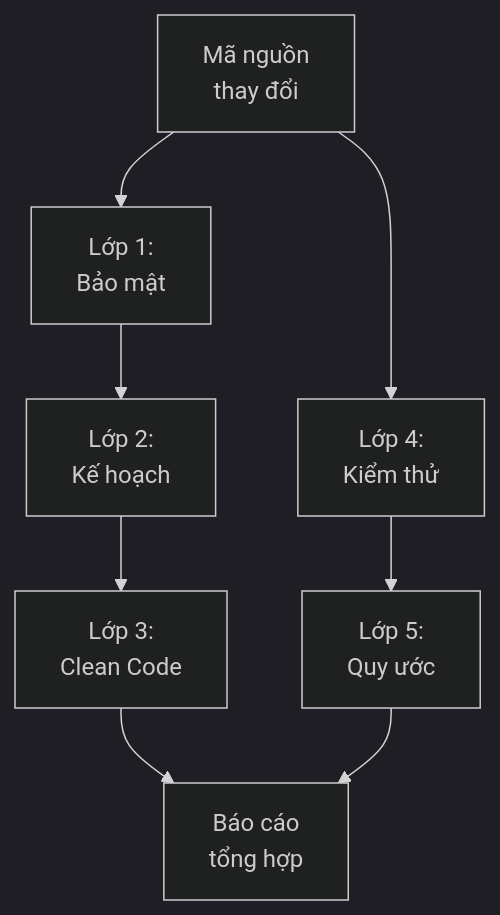
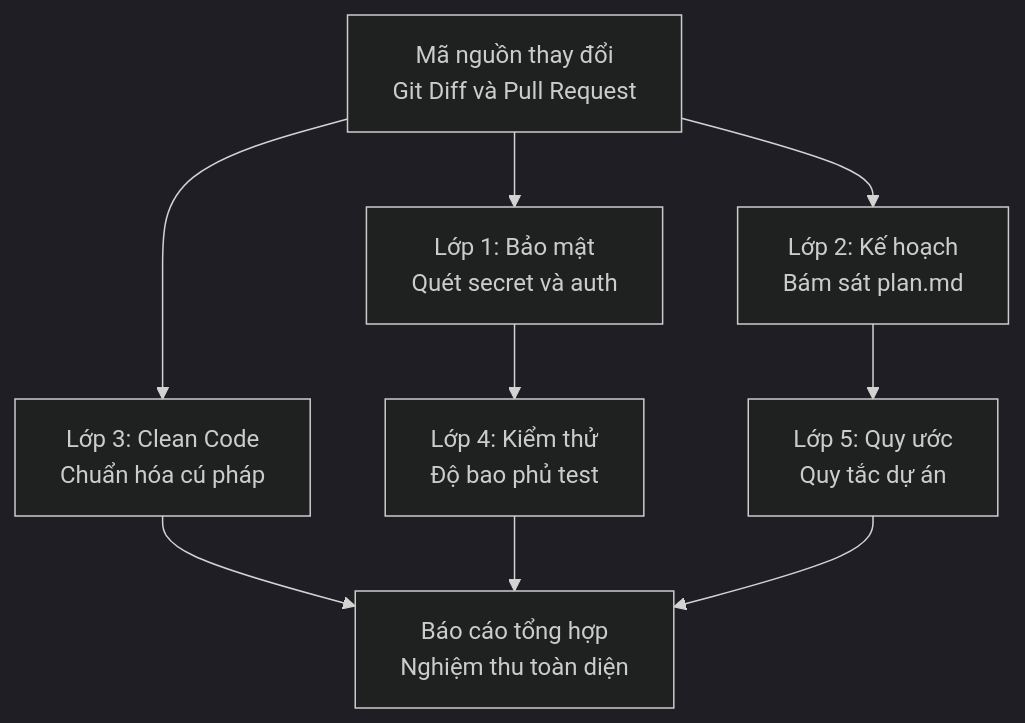
One commit to nguyengoctin/my_website changed the sixth of 6 diagrams in content/posts/toan-tap-coding-friend-ai-engineering.md. Above: the diagram before and after it, drawn with Mermaid (dark theme). The commit also changed other lines of this file and 34 other files, not shown here.

````diff
--- a/content/posts/toan-tap-coding-friend-ai-engineering.md
+++ b/content/posts/toan-tap-coding-friend-ai-engineering.md
@@ -186,17 +202,18 @@
 ```mermaid
 flowchart TD
-    Diff["`Mã nguồn<br/>thay đổi`"]
-    L1["`Lớp 1:<br/>Bảo mật`"]
-    L2["`Lớp 2:<br/>Kế hoạch`"]
-    L3["`Lớp 3:<br/>Clean Code`"]
-    L4["`Lớp 4:<br/>Kiểm thử`"]
-    L5["`Lớp 5:<br/>Quy ước`"]
-    Merge["`Báo cáo<br/>tổng hợp`"]
+    Diff["Mã nguồn thay đổi<br/>Git Diff và Pull Request"]
+    L1["Lớp 1: Bảo mật<br/>Quét secret và auth"]
+    L2["Lớp 2: Kế hoạch<br/>Bám sát plan.md"]
+    L3["Lớp 3: Clean Code<br/>Chuẩn hóa cú pháp"]
+    L4["Lớp 4: Kiểm thử<br/>Độ bao phủ test"]
+    L5["Lớp 5: Quy ước<br/>Quy tắc dự án"]
+    Merge["Báo cáo tổng hợp<br/>Nghiệm thu toàn diện"]
     Diff --> L1
-    Diff --> L4
-    L1 --> L2
-    L4 --> L5
-    L2 --> L3
+    Diff --> L2
+    Diff --> L3
+    L1 --> L4
+    L2 --> L5
     L3 --> Merge
+    L4 --> Merge
     L5 --> Merge
 ```
````
